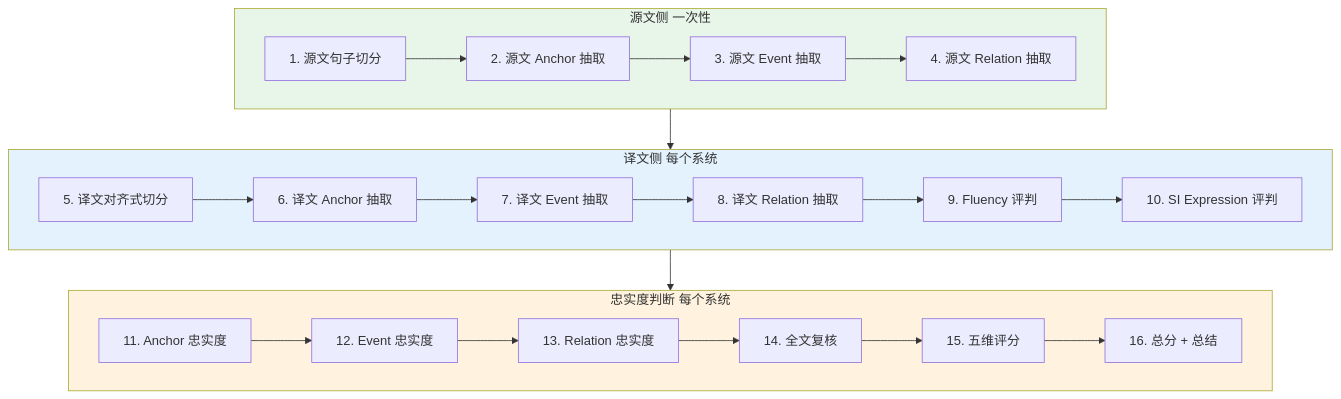
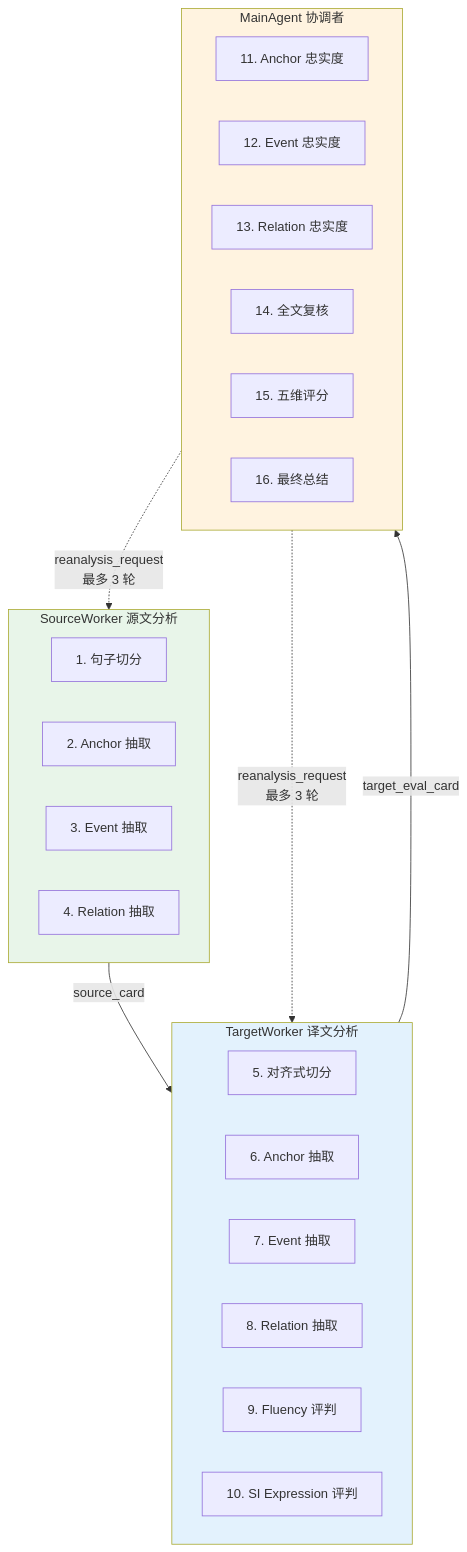
Before and after one commit to caiqiezujian/EviSI-Eval: the diagram in README.md, drawn with Mermaid. The commit also changed other lines of this file, not shown here.

First line of the commit message:
docs(readme): beautify for v0.4 agent architecture

````diff
--- a/README.md
+++ b/README.md
@@ -47,31 +49,36 @@
 ```mermaid
 flowchart TB
-    subgraph Source[源文侧 一次性]
-        S1[1. 源文句子切分] --> S2[2. 源文 Anchor 抽取]
-        S2 --> S3[3. 源文 Event 抽取]
-        S3 --> S4[4. 源文 Relation 抽取]
+    subgraph Source[SourceWorker 源文分析]
+        S1[1. 句子切分]
+        S2[2. Anchor 抽取]
+        S3[3. Event 抽取]
+        S4[4. Relation 抽取]
     end
 
-    subgraph Target[译文侧 每个系统]
-        T1[5. 译文对齐式切分] --> T2[6. 译文 Anchor 抽取]
-        T2 --> T3[7. 译文 Event 抽取]
-        T3 --> T4[8. 译文 Relation 抽取]
-        T4 --> T5[9. Fluency 评判]
-        T5 --> T6[10. SI Expression 评判]
+    subgraph Target[TargetWorker 译文分析]
+        T1[5. 对齐式切分]
+        T2[6. Anchor 抽取]
+        T3[7. Event 抽取]
+        T4[8. Relation 抽取]
+        T5[9. Fluency 评判]
+        T6[10. SI Expression 评判]
     end
 
-    subgraph Score[忠实度判断 每个系统]
-        J1[11. Anchor 忠实度] --> J2[12. Event 忠实度]
-        J2 --> J3[13. Relation 忠实度]
-        J3 --> G1[14. 全文复核]
-        G1 --> SC[15. 五维评分]
-        SC --> FS[16. 总分 + 总结]
+    subgraph Main[MainAgent 协调者]
+        J1[11. Anchor 忠实度]
+        J2[12. Event 忠实度]
+        J3[13. Relation 忠实度]
+        J4[14. 全文复核]
+        J5[15. 五维评分]
+        J6[16. 最终总结]
     end
 
-    Source --> Target
-    Target --> Score
+    Source -->|source_card| Target
+    Target -->|target_eval_card| Main
+    Main -.->|reanalysis_request<br/>最多 3 轮| Source
+    Main -.->|reanalysis_request<br/>最多 3 轮| Target
 
     style Source fill:#e8f5e9
     style Target fill:#e3f2fd
-    style Score fill:#fff3e0
+    style Main fill:#fff3e0
 ```
````
